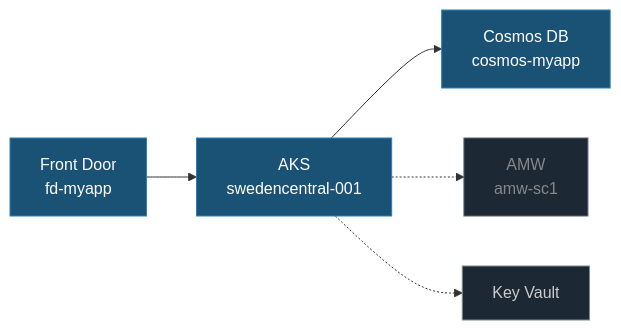
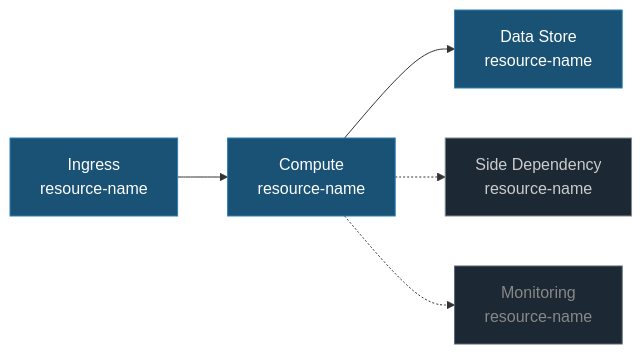
One commit to abossard/azure-healthmodel-skills changed the diagram in skills/healthmodel-architecture/SKILL.md. Above: the diagram before and after it, drawn with Mermaid. The commit also changed other lines of this file and 9 other files, not shown here.

````diff
--- a/skills/healthmodel-architecture/SKILL.md
+++ b/skills/healthmodel-architecture/SKILL.md
@@ -81,11 +104,12 @@
 ```mermaid
 graph LR
   classDef critical fill:#1a5276,stroke:#2980b9,color:#fff
   classDef limited fill:#1c2833,stroke:#7f8c8d,color:#ccc
   classDef suppressed fill:#1c2833,stroke:#566573,color:#888
 
-  FD[Front Door<br/>fd-myapp]:::critical --> AKS1[AKS<br/>swedencentral-001]:::critical
-  AKS1 --> COS[Cosmos DB<br/>cosmos-myapp]:::critical
-  AKS1 -.-> AMW1[AMW<br/>amw-sc1]:::suppressed
-  AKS1 -.-> KV[Key Vault]:::limited
+  %% Example — replace with actual discovered resources:
+  INGRESS[Ingress<br/>resource-name]:::critical --> COMPUTE[Compute<br/>resource-name]:::critical
+  COMPUTE --> DATA[Data Store<br/>resource-name]:::critical
+  COMPUTE -.-> SIDE[Side Dependency<br/>resource-name]:::limited
+  COMPUTE -.-> MON[Monitoring<br/>resource-name]:::suppressed
 ```
````
